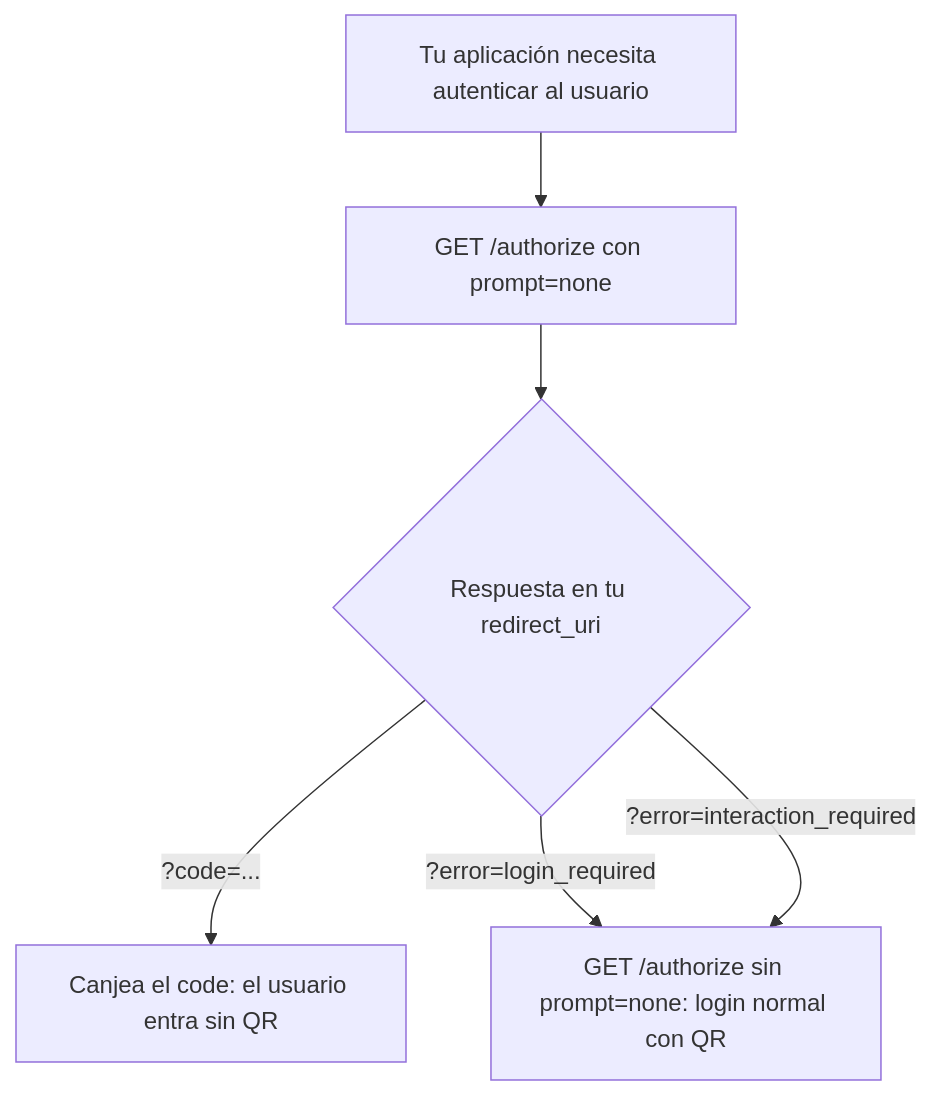
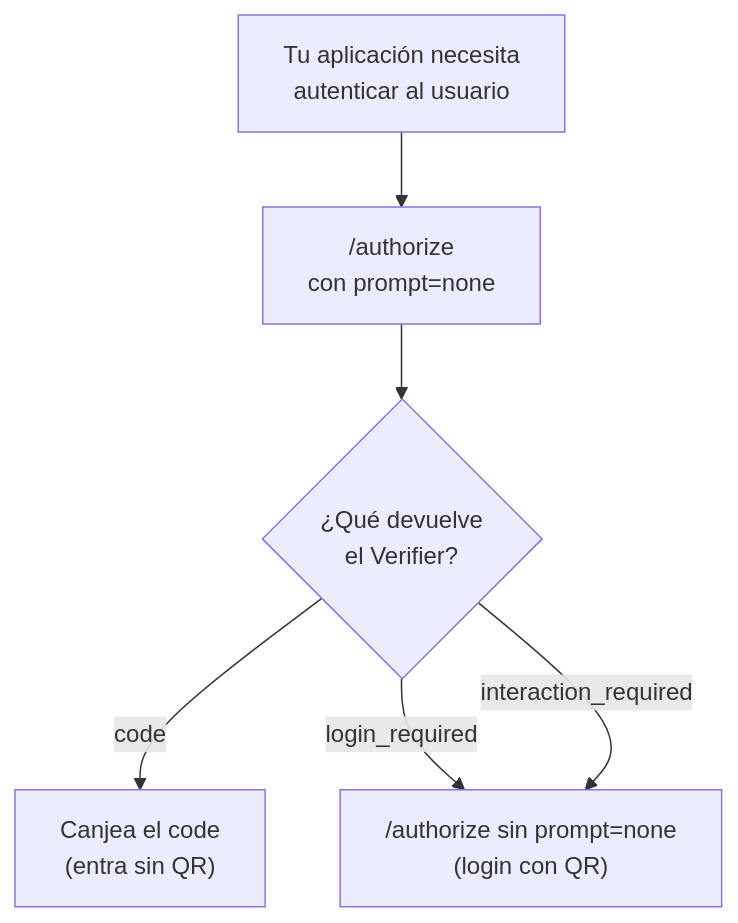
The second of 3 diagrams in docs/developers/guides/sso-multi-app.md (in2workspace/eudistack-platform-docs), drawn with Mermaid before and after one commit. The commit also changed 1 other file, not shown here.

Commit message:
docs(sso): shorten silent-login flowchart labels so they fit their nodes

````diff
--- a/docs/developers/guides/sso-multi-app.md
+++ b/docs/developers/guides/sso-multi-app.md
@@ -70,8 +70,8 @@
 ```mermaid
 flowchart TD
-    A[Tu aplicación necesita autenticar al usuario] --> B["GET /authorize con prompt=none"]
-    B --> C{Respuesta en tu redirect_uri}
-    C -->|"?code=..."| D[Canjea el code: el usuario entra sin QR]
-    C -->|"?error=login_required"| E["GET /authorize sin prompt=none: login normal con QR"]
-    C -->|"?error=interaction_required"| E
+    A["Tu aplicación necesita<br>autenticar al usuario"] --> B["/authorize<br>con prompt=none"]
+    B --> C{"¿Qué devuelve<br>el Verifier?"}
+    C -->|code| D["Canjea el code<br>(entra sin QR)"]
+    C -->|login_required| E["/authorize sin prompt=none<br>(login con QR)"]
+    C -->|interaction_required| E
 ```
````
